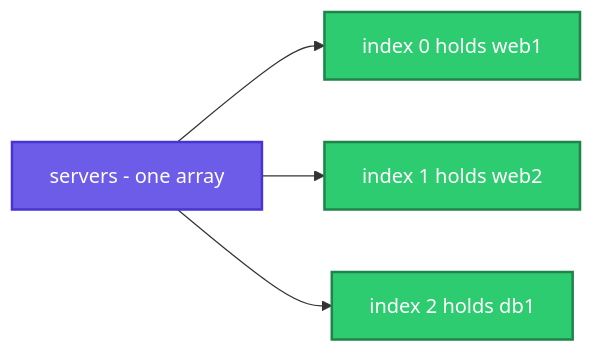
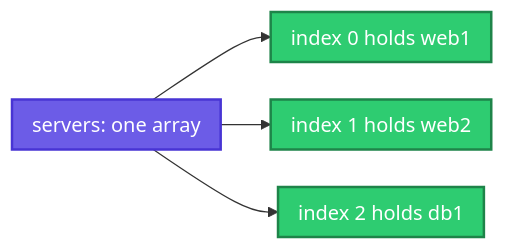
One commit to codeKerdosTech/DevOps-Documentation changed the diagram in shell-script/08-arrays.md. Above: the diagram before and after it, drawn with Mermaid. The commit also changed other lines of this file and 10 other files, not shown here.

````diff
--- a/shell-script/08-arrays.md
+++ b/shell-script/08-arrays.md
@@ -47,10 +49,14 @@
 ```mermaid
+%%{init: {"flowchart": {"nodeSpacing": 30, "rankSpacing": 40, "wrappingWidth": 150, "padding": 8}}}%%
 flowchart LR
-    A["servers - one array"] --> B["index 0 holds web1"]
+    A["servers: one array"] --> B["index 0 holds web1"]
     A --> C["index 1 holds web2"]
     A --> D["index 2 holds db1"]
     classDef start fill:#6C5CE7,stroke:#4834D4,stroke-width:2px,color:#fff
+    classDef proc fill:#00B8D9,stroke:#0087A8,stroke-width:2px,color:#fff
+    classDef dec fill:#FFC312,stroke:#E1A100,stroke-width:2px,color:#222
     classDef ok fill:#2ECC71,stroke:#1E8449,stroke-width:2px,color:#fff
+    classDef out fill:#FD79A8,stroke:#E84393,stroke-width:2px,color:#fff
     class A start
     class B,C,D ok
 ```
````
